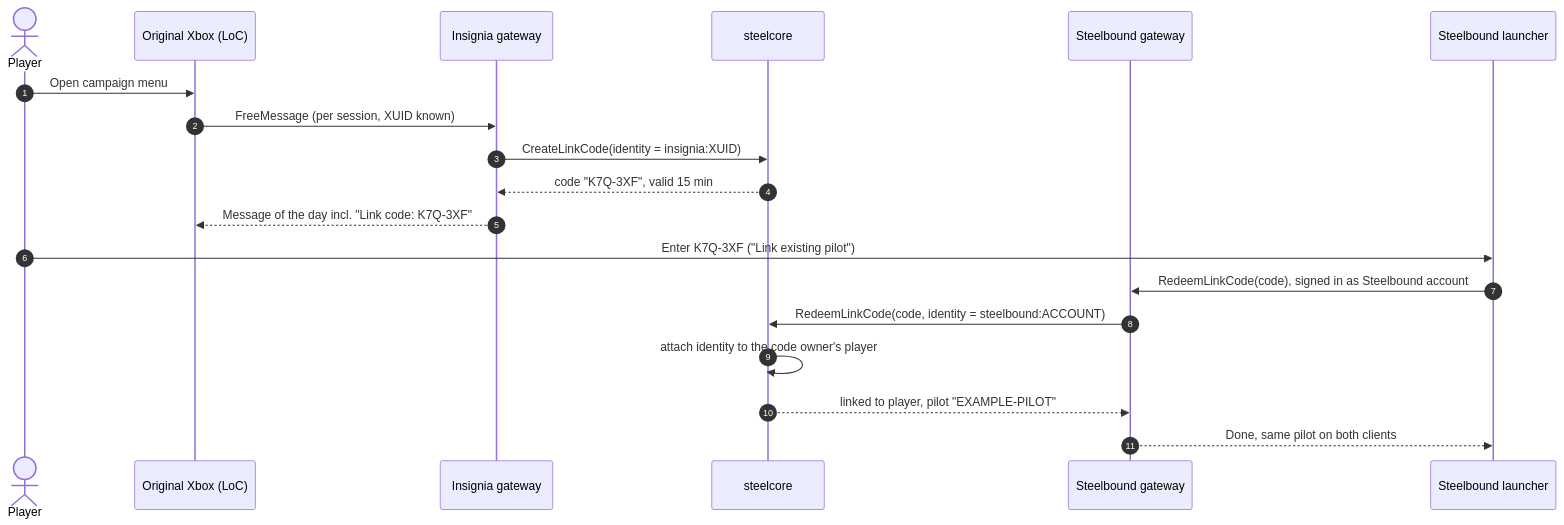
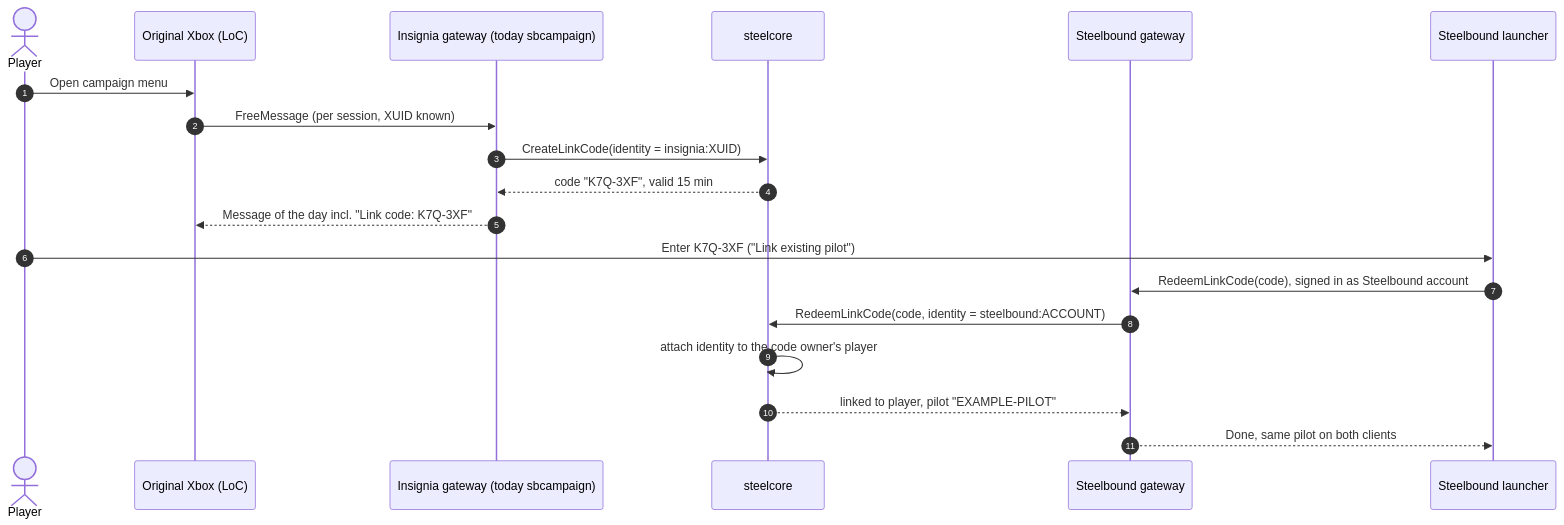
One commit to Greevee-Lab/steelcore changed the second of 5 diagrams in docs/concept.md. Above: the diagram before and after it, drawn with Mermaid. The commit also changed other lines of this file and 4 other files, not shown here.

````diff
--- a/docs/concept.md
+++ b/docs/concept.md
@@ -142,22 +163,22 @@
 ```mermaid
 sequenceDiagram
     autonumber
     actor P as Player
     participant X as Original Xbox (LoC)
-    participant IG as Insignia gateway
+    participant IG as Insignia gateway (today sbcampaign)
     participant C as steelcore
     participant SG as Steelbound gateway
     participant L as Steelbound launcher
 
     P->>X: Open campaign menu
     X->>IG: FreeMessage (per session, XUID known)
     IG->>C: CreateLinkCode(identity = insignia:XUID)
     C-->>IG: code "K7Q-3XF", valid 15 min
     IG-->>X: Message of the day incl. "Link code: K7Q-3XF"
     P->>L: Enter K7Q-3XF ("Link existing pilot")
     L->>SG: RedeemLinkCode(code), signed in as Steelbound account
     SG->>C: RedeemLinkCode(code, identity = steelbound:ACCOUNT)
     C->>C: attach identity to the code owner's player
     C-->>SG: linked to player, pilot "EXAMPLE-PILOT"
     SG-->>L: Done, same pilot on both clients
 ```
````
